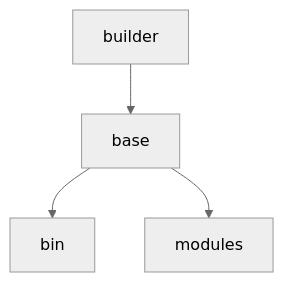
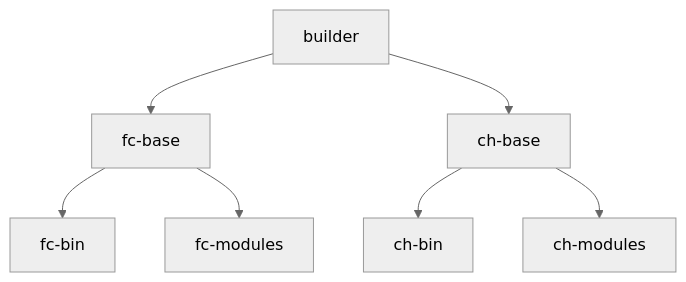
Before and after one commit to liquidmetal-dev/image-builder: the diagram in kernel/README.md, drawn with Mermaid (neutral theme). The commit also changed other lines of this file and 17 other files, not shown here.

````diff
--- a/kernel/README.md
+++ b/kernel/README.md
@@ -63,6 +74,9 @@
 	```mermaid
 		graph TD;
-			builder-->base;
-			base-->bin;
-			base-->modules;
+			builder-->fc-base;
+			builder-->ch-base;
+			fc-base-->fc-bin;
+			ch-base-->ch-bin;
+			fc-base-->fc-modules;
+			ch-base-->ch-modules;
 	```
````
